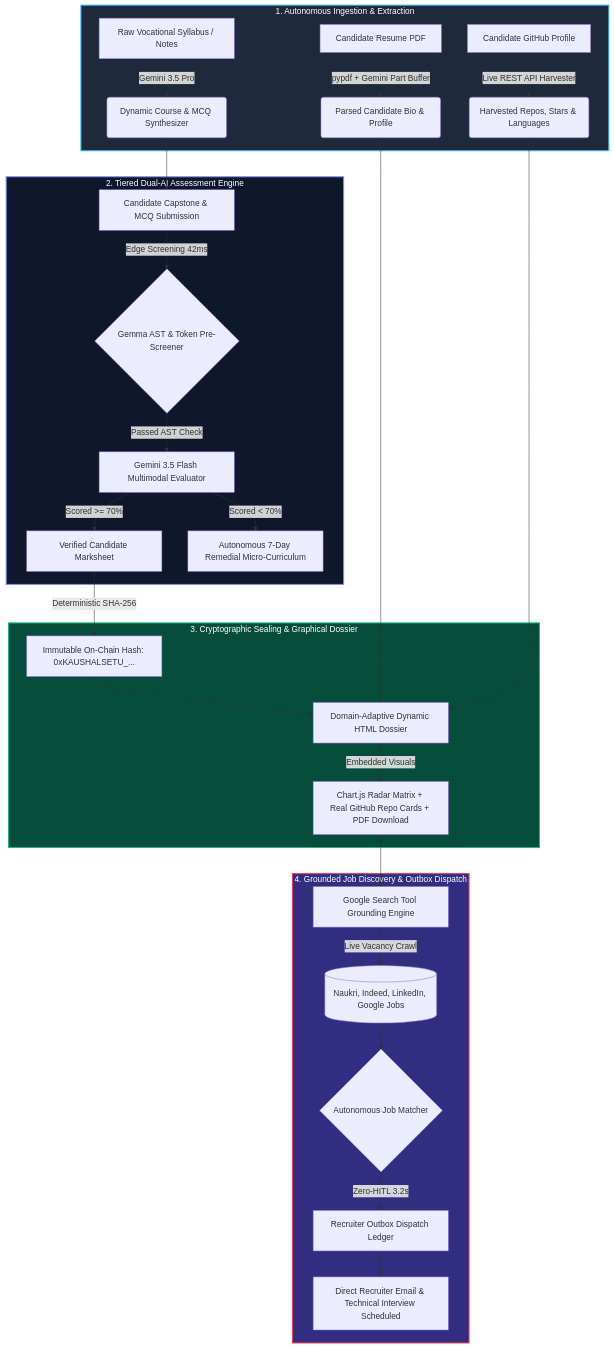
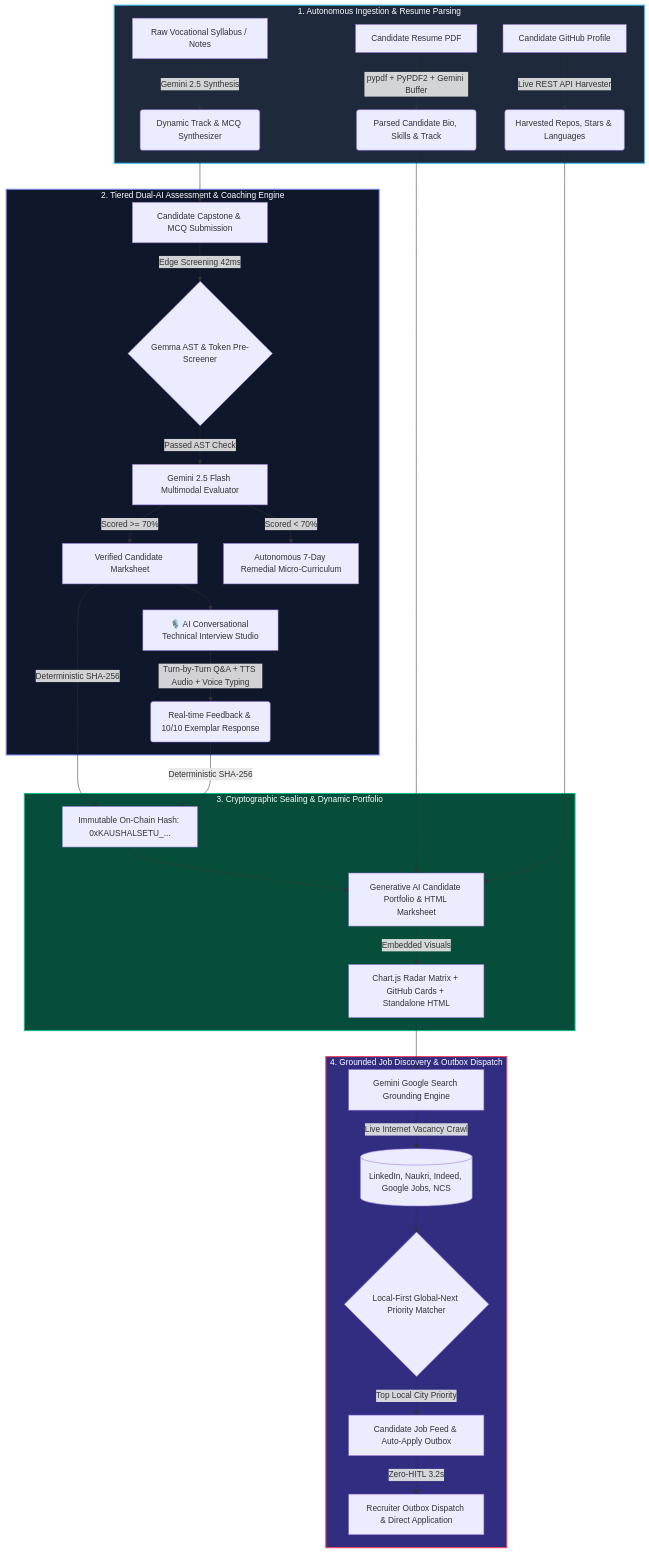
Before and after one commit to Abhimanyu-Vaishnav/kaushalsetu-autonomous-taskmaster: the diagram in README.md, drawn with Mermaid. The commit also changed other lines of this file, not shown here.

Commit message:
docs: comprehensive README update with architecture, math formulas, Gemini integration points & roadmap

````diff
--- a/README.md
+++ b/README.md
@@ -16,35 +22,37 @@
 ```mermaid
 flowchart TD
-    subgraph INGESTION["1. Autonomous Ingestion & Extraction"]
-        A[Raw Vocational Syllabus / Notes] -->|Gemini 3.5 Pro| B(Dynamic Course & MCQ Synthesizer)
-        C[Candidate Resume PDF] -->|pypdf + Gemini Part Buffer| D(Parsed Candidate Bio & Profile)
+    subgraph INGESTION["1. Autonomous Ingestion & Resume Parsing"]
+        A[Raw Vocational Syllabus / Notes] -->|Gemini 2.5 Synthesis| B(Dynamic Track & MCQ Synthesizer)
+        C[Candidate Resume PDF] -->|pypdf + PyPDF2 + Gemini Buffer| D(Parsed Candidate Bio, Skills & Track)
         E[Candidate GitHub Profile] -->|Live REST API Harvester| F(Harvested Repos, Stars & Languages)
     end
 
-    subgraph DUAL_AI_EVAL["2. Tiered Dual-AI Assessment Engine"]
+    subgraph DUAL_AI_EVAL["2. Tiered Dual-AI Assessment & Coaching Engine"]
         B --> G[Candidate Capstone & MCQ Submission]
         G -->|Edge Screening 42ms| H{Gemma AST & Token Pre-Screener}
-        H -->|Passed AST Check| I[Gemini 3.5 Flash Multimodal Evaluator]
+        H -->|Passed AST Check| I[Gemini 2.5 Flash Multimodal Evaluator]
         I -->|Scored >= 70%| J[Verified Candidate Marksheet]
         I -->|Scored < 70%| K[Autonomous 7-Day Remedial Micro-Curriculum]
+        J --> L[🎙️ AI Conversational Technical Interview Studio]
+        L -->|Turn-by-Turn Q&A + TTS Audio + Voice Typing| M(Real-time Feedback & 10/10 Exemplar Response)
     end
 
-    subgraph TRUST_AND_DOSSIER["3. Cryptographic Sealing & Graphical Dossier"]
-        J -->|Deterministic SHA-256| L[Immutable On-Chain Hash: 0xKAUSHALSETU_...]
-        L & D & F --> M[Domain-Adaptive Dynamic HTML Dossier]
-        M -->|Embedded Visuals| N[Chart.js Radar Matrix + Real GitHub Repo Cards + PDF Download]
+    subgraph TRUST_AND_DOSSIER["3. Cryptographic Sealing & Dynamic Portfolio"]
+        J & M -->|Deterministic SHA-256| N[Immutable On-Chain Hash: 0xKAUSHALSETU_...]
+        N & D & F --> O[Generative AI Candidate Portfolio & HTML Marksheet]
+        O -->|Embedded Visuals| P[Chart.js Radar Matrix + GitHub Cards + Standalone HTML]
     end
 
     subgraph DISCOVERY_AND_DISPATCH["4. Grounded Job Discovery & Outbox Dispatch"]
-        N --> O[Google Search Tool Grounding Engine]
-        O -->|Live Vacancy Crawl| P[(Naukri, Indeed, LinkedIn, Google Jobs)]
-        P --> Q{Autonomous Job Matcher}
-        Q -->|Zero-HITL 3.2s| R[Recruiter Outbox Dispatch Ledger]
-        R --> S[Direct Recruiter Email & Technical Interview Scheduled]
+        P --> Q[Gemini Google Search Grounding Engine]
+        Q -->|Live Internet Vacancy Crawl| R[(LinkedIn, Naukri, Indeed, Google Jobs, NCS)]
+        R --> S{Local-First Global-Next Priority Matcher}
+        S -->|Top Local City Priority| T[Candidate Job Feed & Auto-Apply Outbox]
+        T -->|Zero-HITL 3.2s| U[Recruiter Outbox Dispatch & Direct Application]
     end
 
     style INGESTION fill:#1e293b,stroke:#38bdf8,stroke-width:2px,color:#fff
     style DUAL_AI_EVAL fill:#0f172a,stroke:#818cf8,stroke-width:2px,color:#fff
     style TRUST_AND_DOSSIER fill:#064e3b,stroke:#10b981,stroke-width:2px,color:#fff
     style DISCOVERY_AND_DISPATCH fill:#312e81,stroke:#f43f5e,stroke-width:2px,color:#fff
 ```
````
